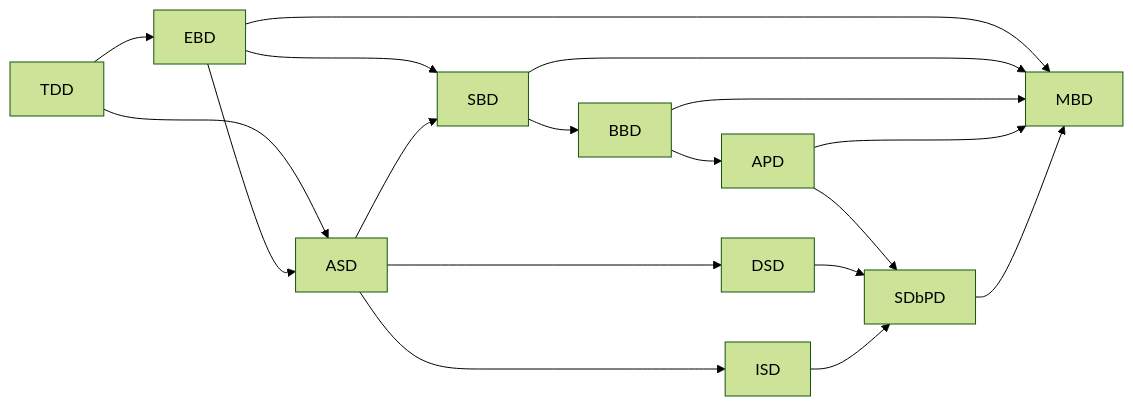
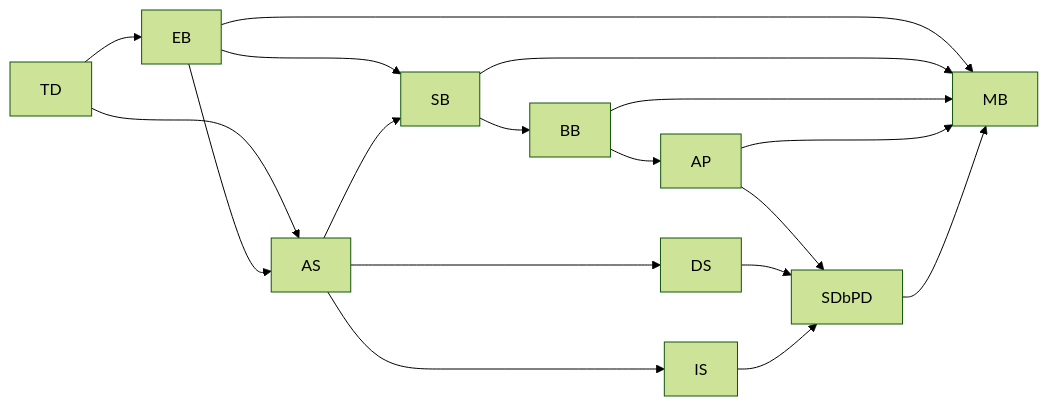
The fourth of 9 diagrams in specs/dsl/Modustro-DSL-And-Core-Concepts.md (Algites-EU/pub.pltf.Modustro), drawn with Mermaid (forest theme) before and after one commit. The commit also changed other lines of this file and 4 other files, not shown here.

````diff
--- a/specs/dsl/Modustro-DSL-And-Core-Concepts.md
+++ b/specs/dsl/Modustro-DSL-And-Core-Concepts.md
@@ -503,26 +496,26 @@
 ```mermaid
 graph LR
-    TDD --> EBD
-    TDD --> ASD
+    TD --> EB
+    TD --> AS
 
-    EBD --> ASD
+    EB --> AS
 
-    ASD --> DSD
-    ASD --> ISD
+    AS --> DS
+    AS --> IS
 
-    EBD --> SBD
-    ASD --> SBD
+    EB --> SB
+    AS --> SB
 
-    SBD --> BBD
-    BBD --> APD
+    SB --> BB
+    BB --> AP
 
-    APD --> SDbPD
-    DSD --> SDbPD
-    ISD --> SDbPD
+    AP --> SDbPD
+    DS --> SDbPD
+    IS --> SDbPD
 
-    EBD --> MBD
-    SBD --> MBD
-    BBD --> MBD
-    APD --> MBD
-    SDbPD --> MBD
+    EB --> MB
+    SB --> MB
+    BB --> MB
+    AP --> MB
+    SDbPD --> MB
 ```
````
